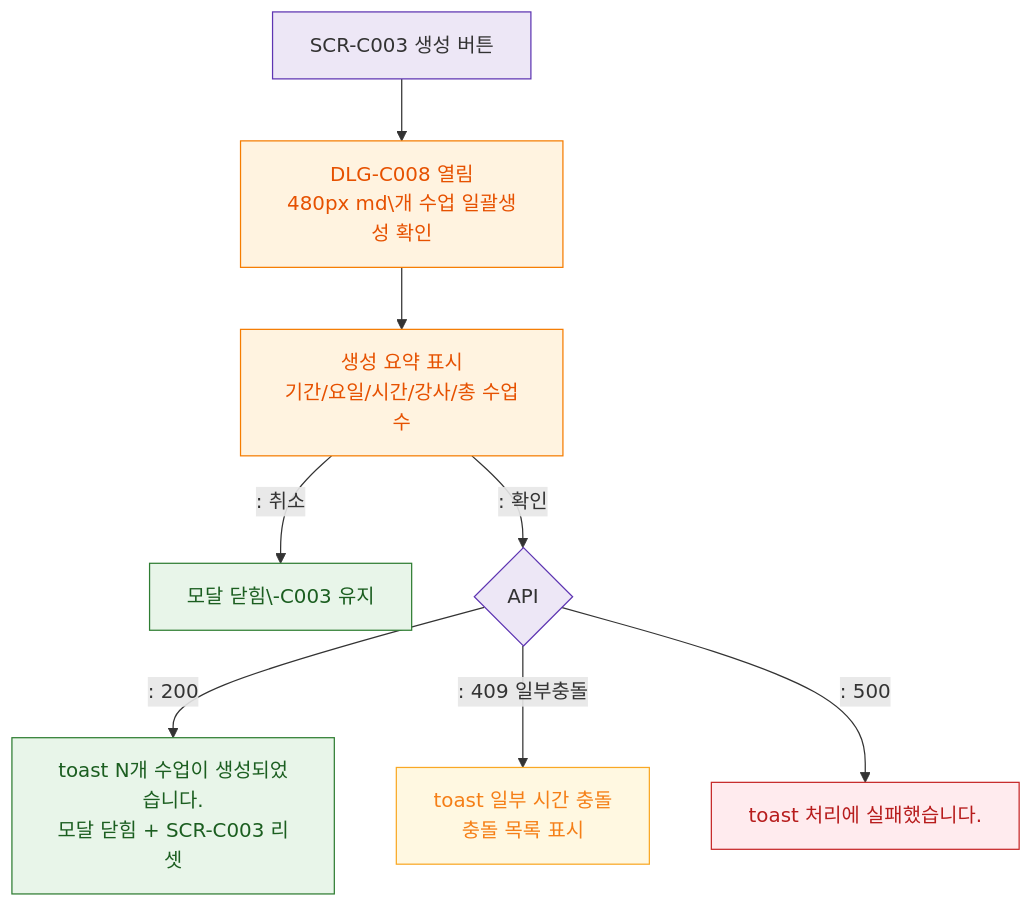
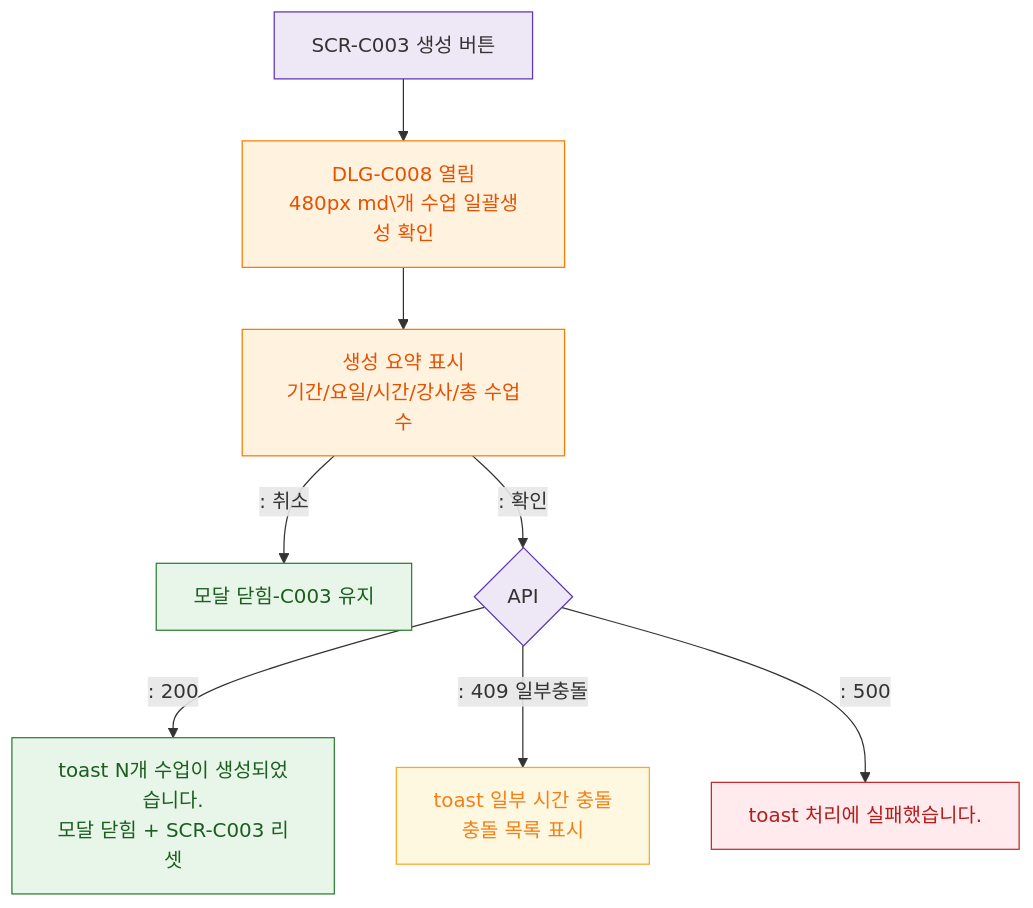
The diagram in docs/admin/다이어그램/D04_수업관리/DLG/DLG-C008_일괄생성확인/M1_생명주기.md (dev-spogym/admin-pando), drawn with Mermaid before and after one commit. The commit also changed 369 other files, not shown here.

````diff
--- a/docs/admin/다이어그램/D04_수업관리/DLG/DLG-C008_일괄생성확인/M1_생명주기.md
+++ b/docs/admin/다이어그램/D04_수업관리/DLG/DLG-C008_일괄생성확인/M1_생명주기.md
@@ -18,21 +18,21 @@
 ```mermaid
 flowchart TD
   Trigger[SCR-C003 생성 버튼] --> Open[DLG-C008 열림\n480px md\개 수업 일괄생성 확인]
   Open --> ShowSummary[생성 요약 표시\n기간/요일/시간/강사/총 수업수]
-  ShowSummary -->|": 취소"|Close[모달 닫힘\-C003 유지]
+  ShowSummary -->|": 취소"|Close[모달 닫힘-C003 유지]
   ShowSummary -->|": 확인"|BulkCreate{API}
   BulkCreate -->|": 200"|Success[toast N개 수업이 생성되었습니다.\n모달 닫힘 + SCR-C003 리셋]
   BulkCreate -->|": 409 일부충돌"|PartialConflict[toast 일부 시간 충돌\n충돌 목록 표시]
   BulkCreate -->|": 500"|SysErr[toast 처리에 실패했습니다.]
 
   classDef modal fill:#FFF3E0,stroke:#F57C00,color:#E65100
   classDef system fill:#EDE7F6,stroke:#5E35B2
   classDef success fill:#E8F5E9,stroke:#2E7D32,color:#1B5E20
   classDef error fill:#FFEBEE,stroke:#C62828,color:#B71C1C
   classDef warning fill:#FFF8E1,stroke:#F9A825,color:#F57F17
   class Open,ShowSummary modal
   class Trigger,BulkCreate system
   class Success,Close success
   class SysErr error
   class PartialConflict warning
 ```
````
